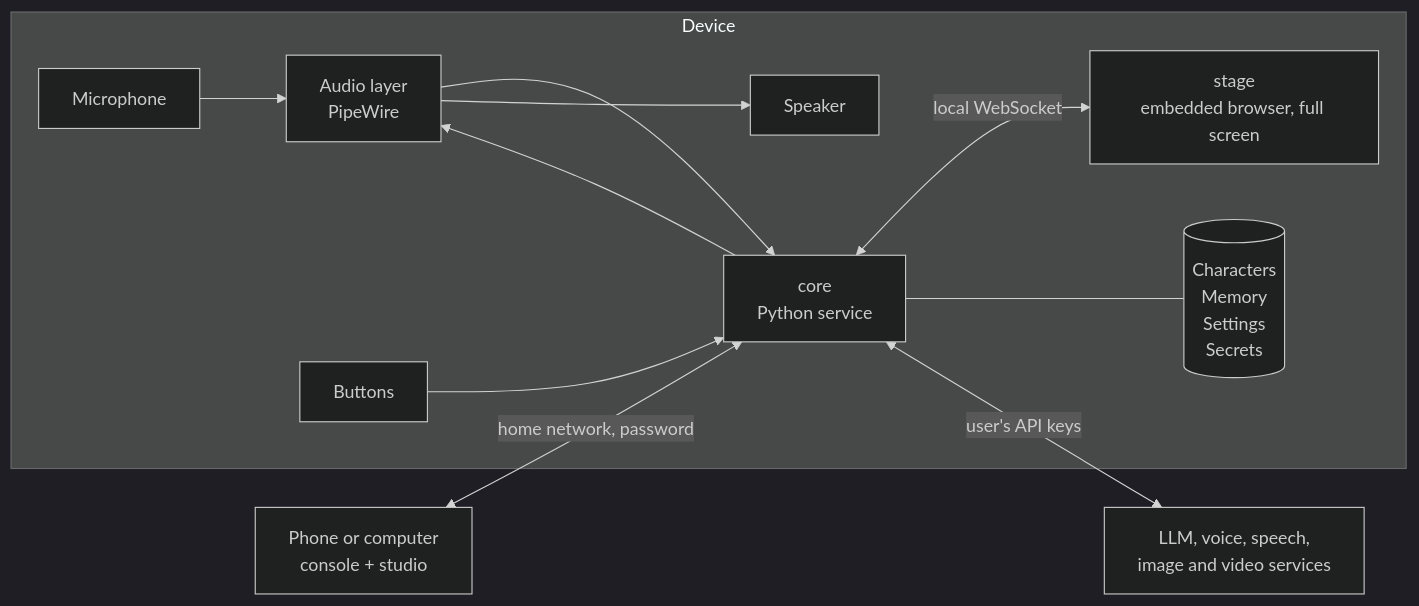
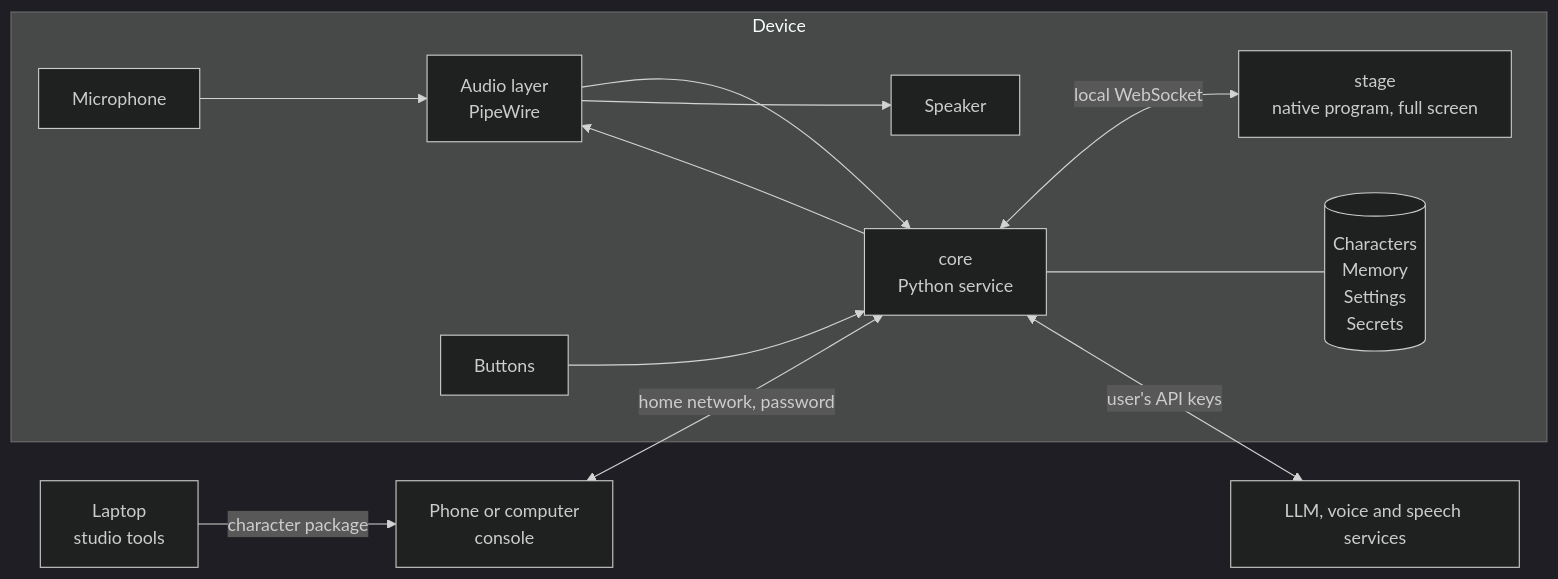
The diagram in docs/06-architecture.md (seafire220/project-with-touchscreen), drawn with Mermaid (dark theme) before and after one commit. The commit also changed other lines of this file and 8 other files, not shown here.

First line of the commit message:
Adopt Inochi2D after testing it; add suggested boards; revise architecture

````diff
--- a/docs/06-architecture.md
+++ b/docs/06-architecture.md
@@ -18,14 +23,15 @@
 ```mermaid
 flowchart LR
   subgraph Device
     MIC[Microphone] --> AUDIO[Audio layer<br/>PipeWire]
     AUDIO --> CORE
     CORE --> AUDIO --> SPK[Speaker]
     BTN[Buttons] --> CORE
     CORE[core<br/>Python service]
-    CORE <-->|local WebSocket| STAGE[stage<br/>embedded browser, full screen]
+    CORE <-->|local WebSocket| STAGE[stage<br/>native program, full screen]
     CORE --- STORE[(Characters<br/>Memory<br/>Settings<br/>Secrets)]
   end
-  PHONE[Phone or computer<br/>console + studio] <-->|home network, password| CORE
-  CORE <-->|user's API keys| CLOUD[LLM, voice, speech,<br/>image and video services]
+  PHONE[Phone or computer<br/>console] <-->|home network, password| CORE
+  LAPTOP[Laptop<br/>studio tools] -->|character package| PHONE
+  CORE <-->|user's API keys| CLOUD[LLM, voice and speech services]
 ```
````
